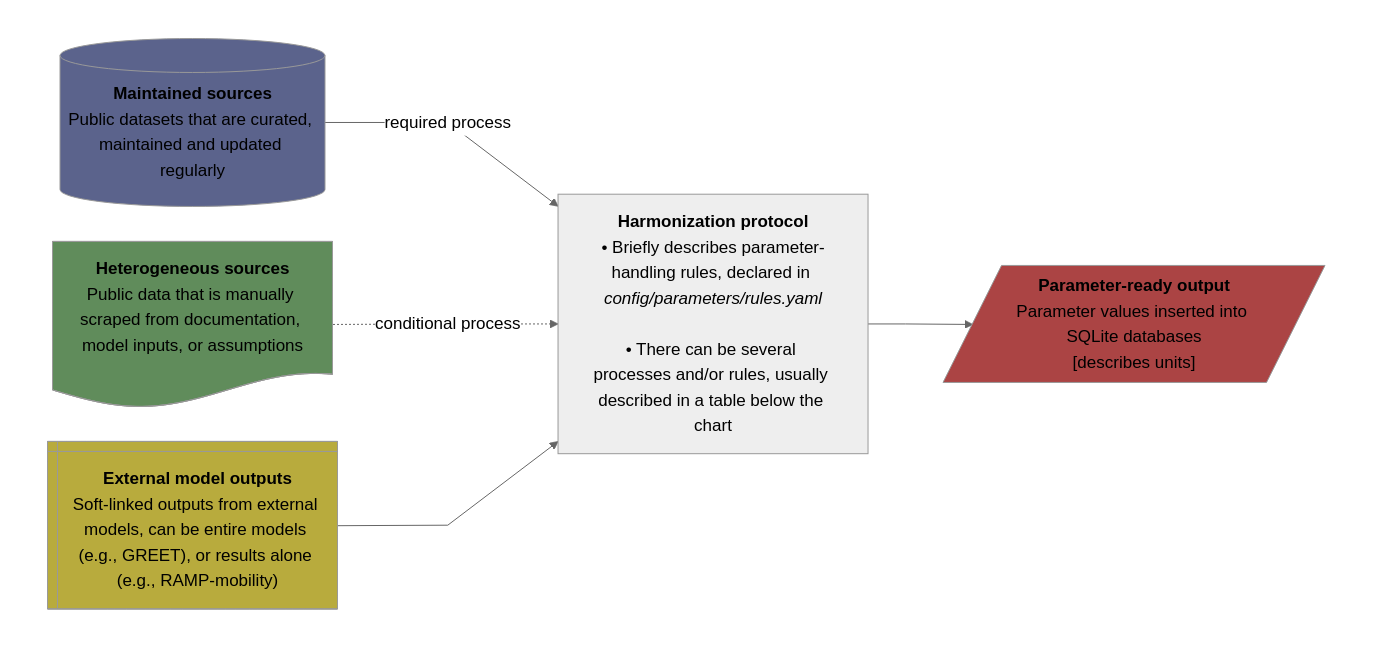
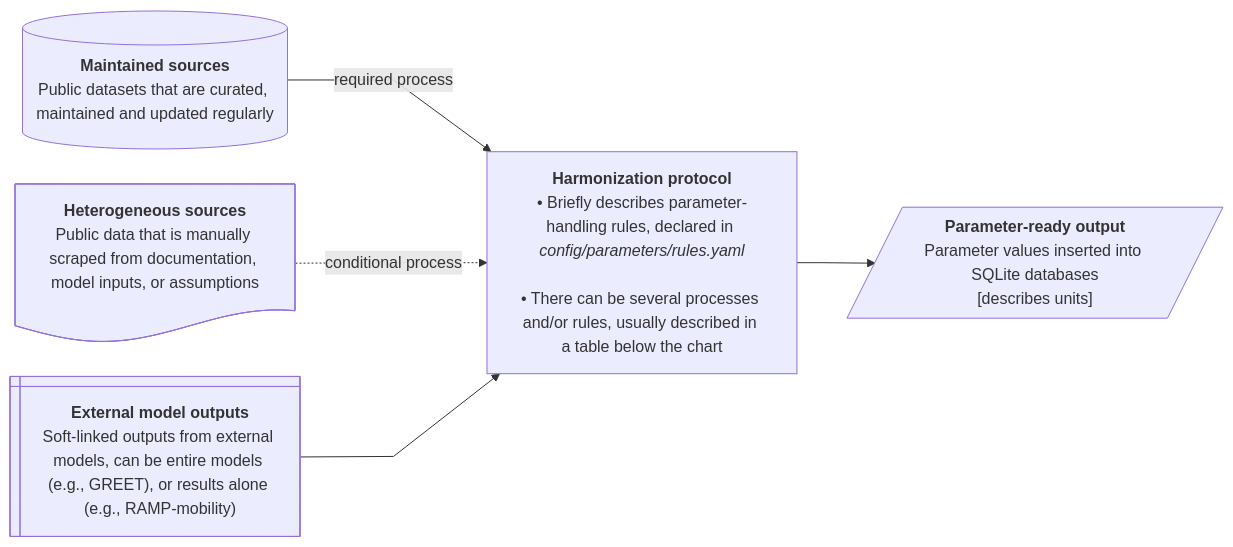
Before and after one commit to CANOE-main/canoe-transportation: the second of 9 diagrams in README.md, drawn with Mermaid. The commit also changed other lines of this file, not shown here.

Commit message:
Finally fixed flowchart color rendering. - removed any custom color rules and left themes by default. This fixes color rendering mismatches.

````diff
--- a/README.md
+++ b/README.md
@@ -158,43 +158,25 @@
 ```mermaid
 ---
 config:
   layout: dagre
-  theme: neutral
-  themeVariables:
-    fontSize: 17px
   flowchart:
     nodeSpacing: 35
     rankSpacing: 50
     wrappingWidth: 250
     curve: linear
 ---
 flowchart LR
-  subgraph canvas[" "]
-  direction LR
   %% --- Sources ---
   s0[("`**Maintained sources**<br>Public datasets that are curated, maintained and updated regularly`")]
   s1@{shape: doc, label: "**Heterogeneous sources**<br>Public data that is manually scraped from documentation, model inputs, or assumptions"}
   s2@{shape: win-pane, label: "**External model outputs**<br>Soft-linked outputs from external models, can be entire models (e.g., GREET), or results alone (e.g., RAMP-mobility)" }
 
   %% --- Processes ---
   p1["`**Harmonization protocol**<br>• Briefly describes parameter-handling rules, declared in *config/parameters/rules.yaml*<br><br>• There can be several processes and/or rules, usually described in a table below the chart`"]
 
   s0 -- required process --> p1
   s1 -. conditional process .-> p1
   s2 --> p1 
 
   p1 --> o1[/"`**Parameter-ready output**<br>Parameter values inserted into SQLite databases<br>[describes units]`"/]
-  end
-
-  %% --- Styling ---
-  style canvas fill:#ffffff,stroke:#ffffff
-  classDef database fill:#5b638c
-  classDef doc fill:#608c5b
-  classDef model fill:#b8ab3d
-  classDef output fill:#ab4444
-
-  class s0 database
-  class s1 doc
-  class s2 model
-  class o1 output
 ```
````
